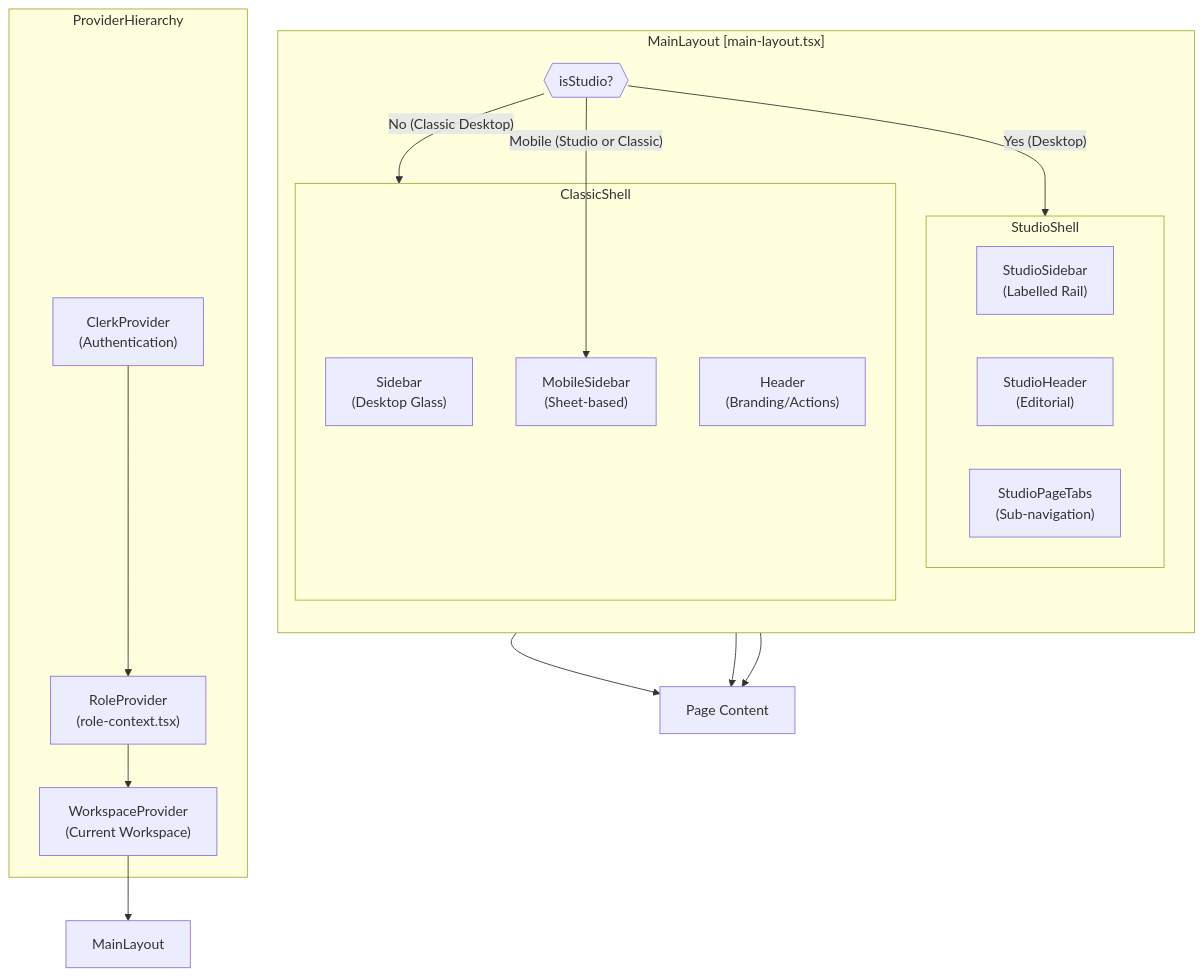
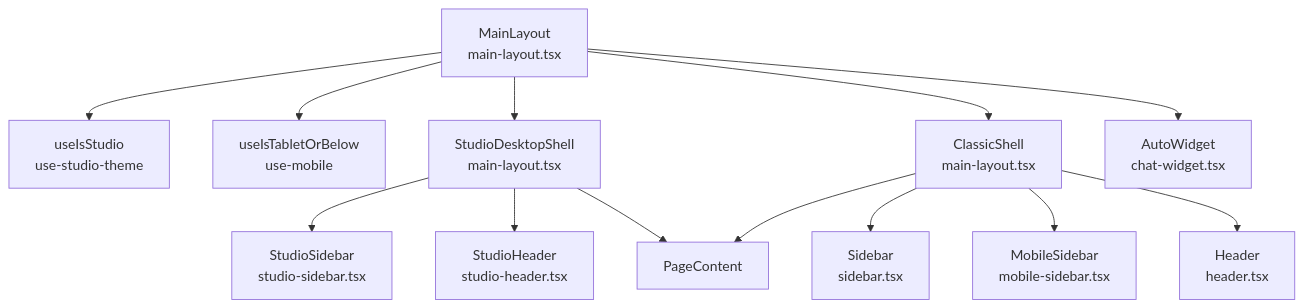
Before and after one commit to AutomatosAI/automatos-ai: the first of 7 diagrams in docs/frontend-architecture/navigation-layout.md, drawn with Mermaid. The commit also changed other lines of this file and 188 other files, not shown here.

First line of the commit message:
docs: refresh architecture docs and add coverage for new subsystems (#1416)

````diff
--- a/docs/frontend-architecture/navigation-layout.md
+++ b/docs/frontend-architecture/navigation-layout.md
@@ -59,37 +64,15 @@
 ```mermaid
 graph TB
-    subgraph "ProviderHierarchy"
-        ClerkProvider["ClerkProvider<br/>(Authentication)"]
-        RoleProvider["RoleProvider<br/>(role-context.tsx)"]
-WorkspaceProvider["WorkspaceProvider<br/>(Current Workspace)"]
-    end
-
-    subgraph "MainLayout [main-layout.tsx]"
-        direction TB
-        IsStudio{{"isStudio?"}}
-
-        subgraph "StudioShell"
-            StudioSidebar["StudioSidebar<br/>(Labelled Rail)"]
-            StudioHeader["StudioHeader<br/>(Editorial)"]
-            StudioPageTabs["StudioPageTabs<br/>(Sub-navigation)"]
-        end
-
-        subgraph "ClassicShell"
-            SidebarComp["Sidebar<br/>(Desktop Glass)"]
-            MobileSidebar["MobileSidebar<br/>(Sheet-based)"]
-            HeaderComp["Header<br/>(Branding/Actions)"]
-        end
-    end
-
-    ClerkProvider --> RoleProvider
-    RoleProvider --> WorkspaceProvider
-    WorkspaceProvider --> MainLayout
-
-    IsStudio -- "Yes (Desktop)" --> StudioShell
-    IsStudio -- "No (Classic Desktop)" --> ClassicShell
-    IsStudio -- "Mobile (Studio or Classic)" --> MobileSidebar
-
-    StudioShell --> PageContent["Page Content"]
+    MainLayout["MainLayout<br/>main-layout.tsx"] --> useIsStudio["useIsStudio<br/>use-studio-theme"]
+    MainLayout --> useIsTabletOrBelow["useIsTabletOrBelow<br/>use-mobile"]
+    MainLayout --> StudioDesktopShell["StudioDesktopShell<br/>main-layout.tsx"]
+    MainLayout --> ClassicShell["ClassicShell<br/>main-layout.tsx"]
+    StudioDesktopShell --> StudioSidebar["StudioSidebar<br/>studio-sidebar.tsx"]
+    StudioDesktopShell --> StudioHeader["StudioHeader<br/>studio-header.tsx"]
+    ClassicShell --> Sidebar["Sidebar<br/>sidebar.tsx"]
+    ClassicShell --> MobileSidebar["MobileSidebar<br/>mobile-sidebar.tsx"]
+    ClassicShell --> Header["Header<br/>header.tsx"]
+    MainLayout --> AutoWidget["AutoWidget<br/>chat-widget.tsx"]
+    StudioDesktopShell --> PageContent["PageContent"]
     ClassicShell --> PageContent
-    MobileSidebar --> PageContent
 ```
````
